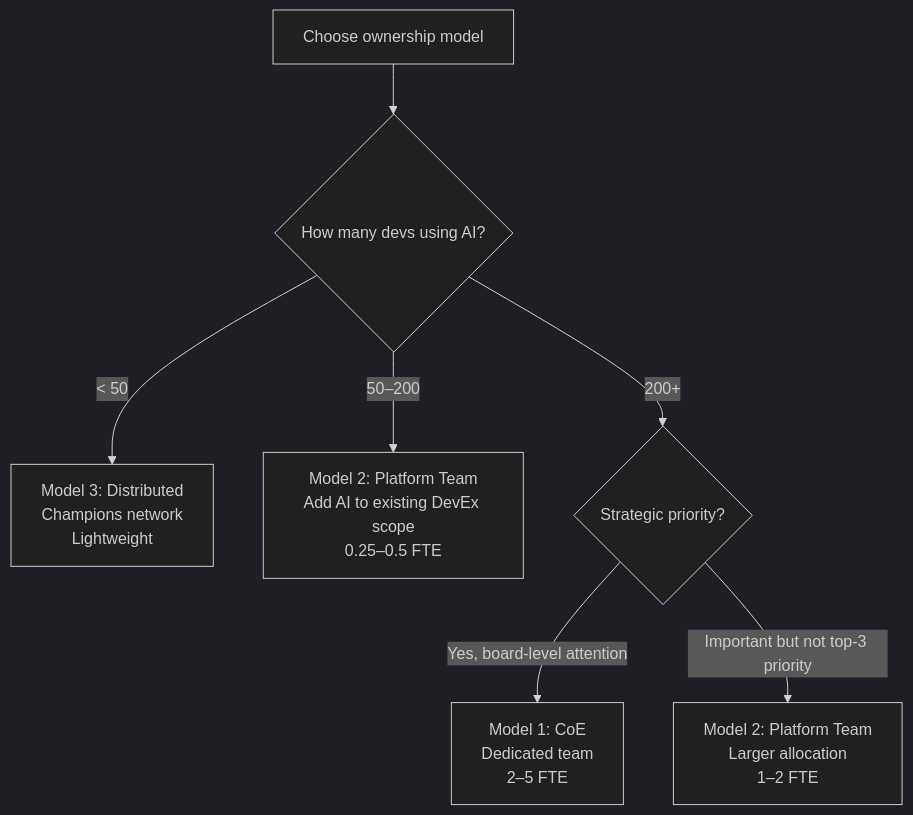
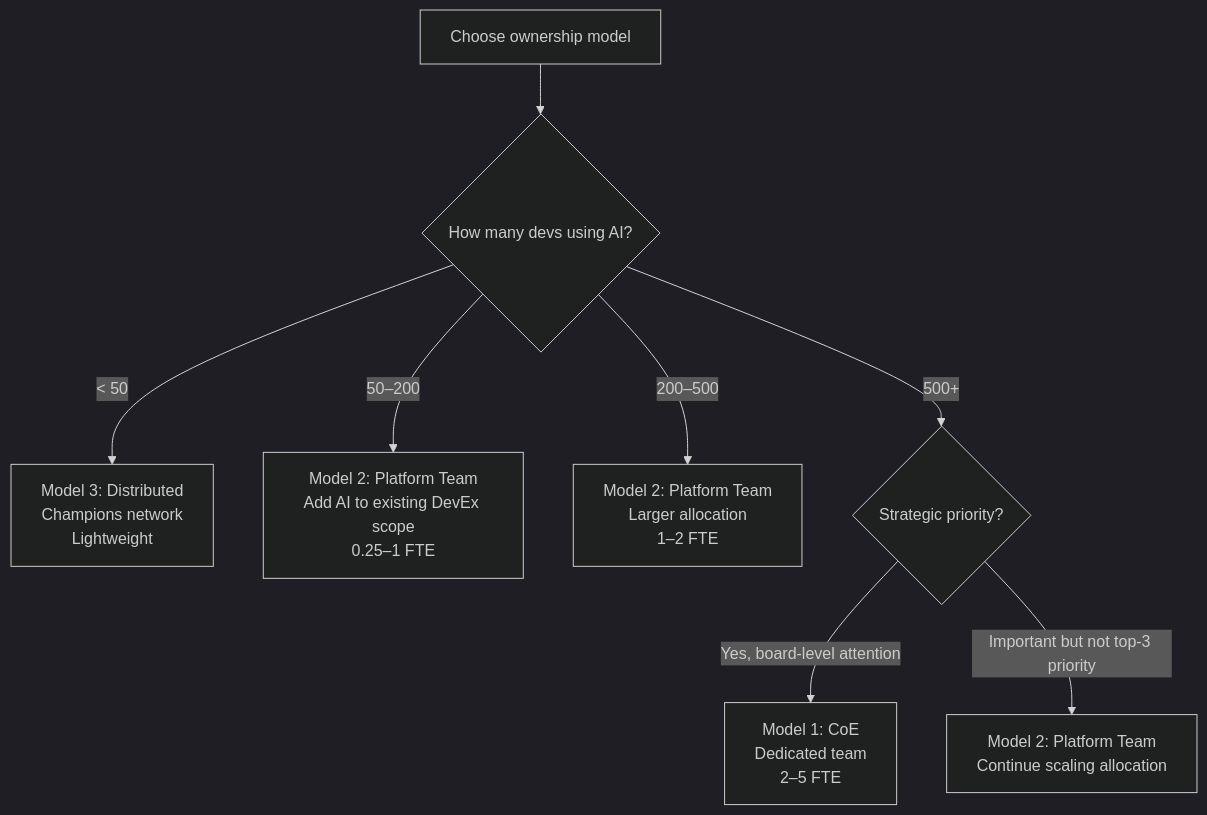
Before and after one commit to bernardmendonca/ai-engineering-playbook: the second of 2 diagrams in ai-strategy/org-models.md, drawn with Mermaid (dark theme). The commit also changed other lines of this file and 16 other files, not shown here.

````diff
--- a/ai-strategy/org-models.md
+++ b/ai-strategy/org-models.md
@@ -119,9 +119,10 @@
 ```mermaid
 flowchart TD
     A[Choose ownership model] --> B{How many devs using AI?}
     B -->|< 50| C[Model 3: Distributed<br/>Champions network<br/>Lightweight]
-    B -->|50–200| D[Model 2: Platform Team<br/>Add AI to existing DevEx scope<br/>0.25–0.5 FTE]
-    B -->|200+| E{Strategic priority?}
+    B -->|50–200| D[Model 2: Platform Team<br/>Add AI to existing DevEx scope<br/>0.25–1 FTE]
+    B -->|200–500| H[Model 2: Platform Team<br/>Larger allocation<br/>1–2 FTE]
+    B -->|500+| E{Strategic priority?}
     E -->|Yes, board-level attention| F[Model 1: CoE<br/>Dedicated team<br/>2–5 FTE]
-    E -->|Important but not top-3 priority| G[Model 2: Platform Team<br/>Larger allocation<br/>1–2 FTE]
+    E -->|Important but not top-3 priority| G[Model 2: Platform Team<br/>Continue scaling allocation]
 ```
````
